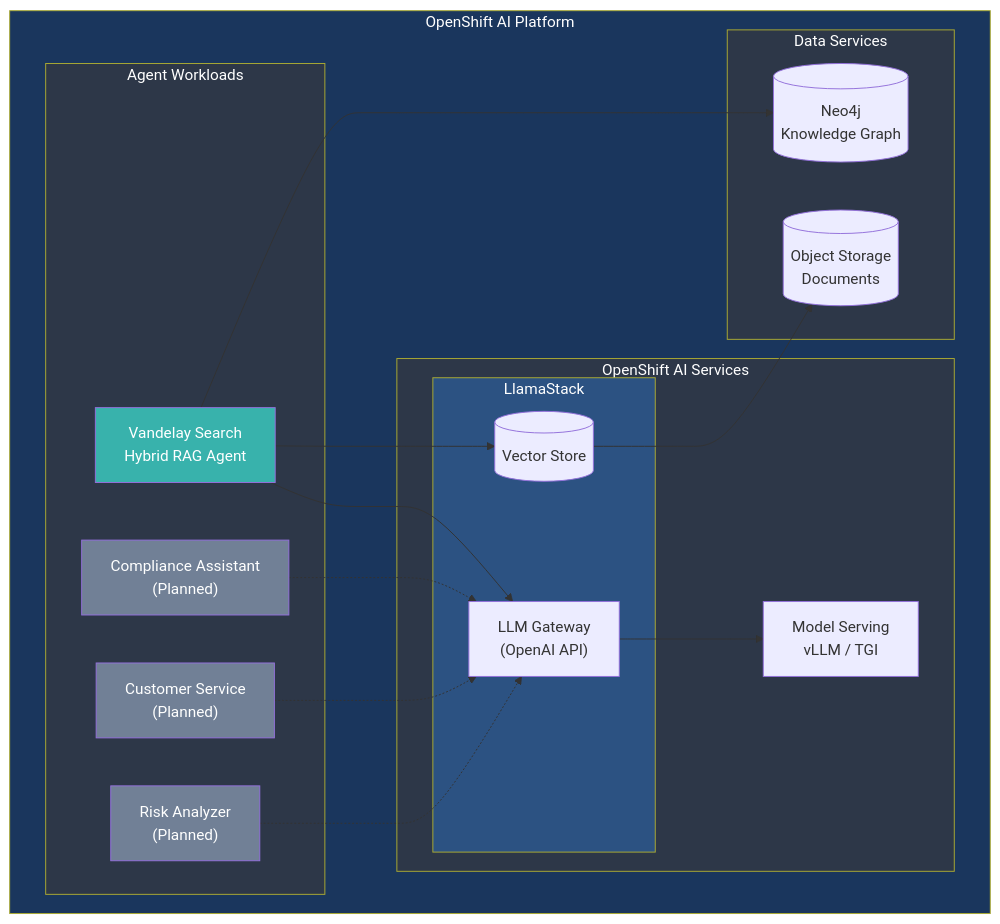
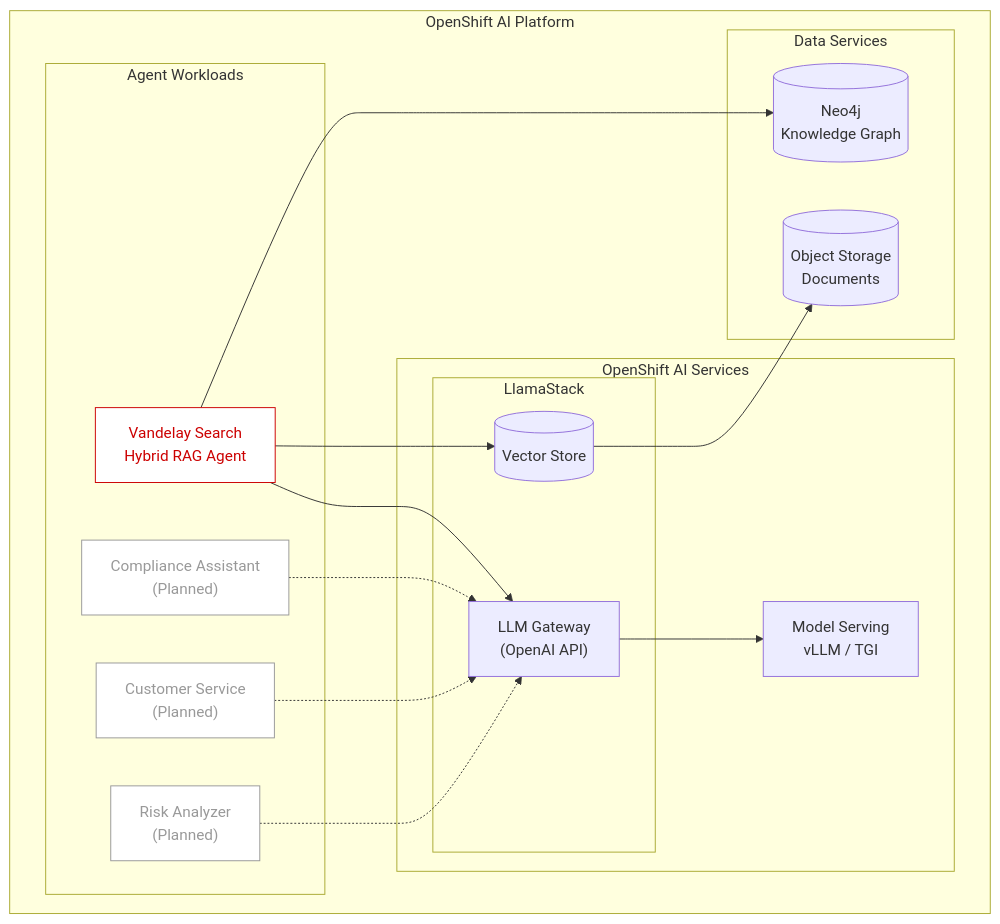
The first of 2 diagrams in README.md (rrbanda/vandelay-ai), drawn with Mermaid before and after one commit. The commit also changed other lines of this file, not shown here.

Commit message:
Simplify Mermaid diagram styling - white background, red text

````diff
--- a/README.md
+++ b/README.md
@@ -27,45 +27,40 @@
 ```mermaid
 graph TB
     subgraph OPENSHIFT["OpenShift AI Platform"]
         subgraph AGENTS["Agent Workloads"]
             A1["Vandelay Search<br/>Hybrid RAG Agent"]
             A2["Compliance Assistant<br/>(Planned)"]
             A3["Customer Service<br/>(Planned)"]
             A4["Risk Analyzer<br/>(Planned)"]
         end
         
         subgraph AISERVICES["OpenShift AI Services"]
             subgraph LLAMASTACK["LlamaStack"]
                 VS[("Vector Store")]
                 LLM["LLM Gateway<br/>(OpenAI API)"]
             end
             MS["Model Serving<br/>vLLM / TGI"]
         end
         
         subgraph DATA["Data Services"]
             NEO4J[("Neo4j<br/>Knowledge Graph")]
             S3[("Object Storage<br/>Documents")]
         end
     end
     
     A1 --> LLM
     A1 --> VS
     A1 --> NEO4J
     
     A2 -.-> LLM
     A3 -.-> LLM
     A4 -.-> LLM
     
     LLM --> MS
     VS --> S3
     
-    style A1 fill:#38b2ac,color:#fff
-    style A2 fill:#718096,color:#fff
-    style A3 fill:#718096,color:#fff
-    style A4 fill:#718096,color:#fff
-    style OPENSHIFT fill:#1a365d,color:#fff
-    style LLAMASTACK fill:#2c5282,color:#fff
-    style AISERVICES fill:#2d3748,color:#fff
-    style DATA fill:#2d3748,color:#fff
-    style AGENTS fill:#2d3748,color:#fff
+    style A1 fill:#fff,stroke:#c00,color:#c00
+    style A2 fill:#fff,stroke:#999,color:#999
+    style A3 fill:#fff,stroke:#999,color:#999
+    style A4 fill:#fff,stroke:#999,color:#999
 ```
````
